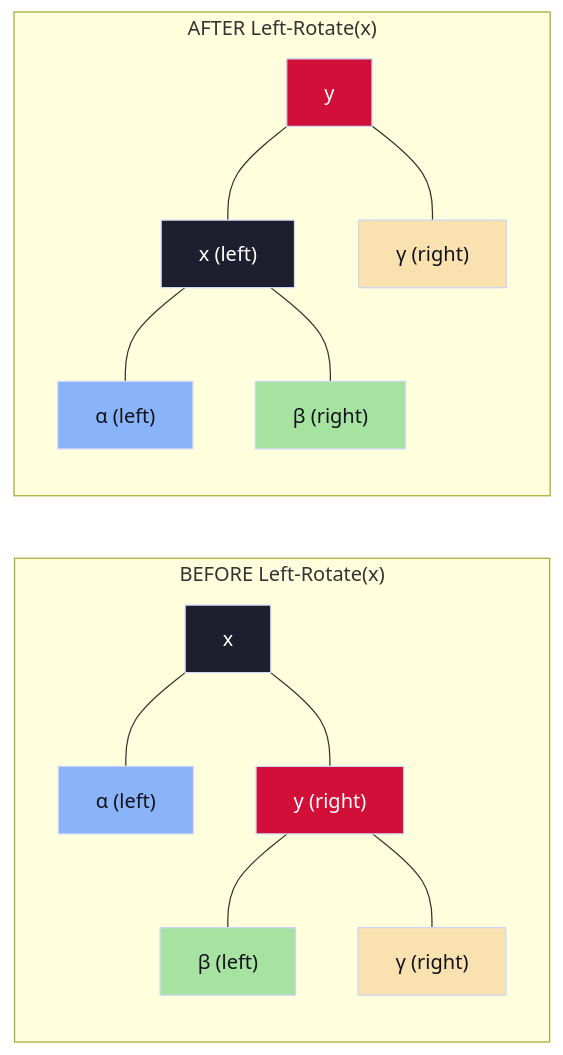
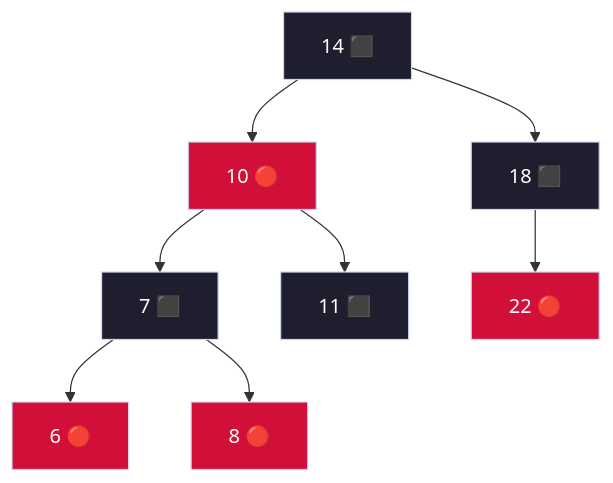
Before and after one commit to DeepLumiere/DeepSkills: the ninth of 29 diagrams in notes/design_and_analysis_of_algorithms/Unit_04_Advanced_Data_Structures.md, drawn with Mermaid. The commit also changed other lines of this file, not shown here.

````diff
--- a/notes/design_and_analysis_of_algorithms/Unit_04_Advanced_Data_Structures.md
+++ b/notes/design_and_analysis_of_algorithms/Unit_04_Advanced_Data_Structures.md
@@ -80,27 +286,18 @@
 ```mermaid
-flowchart LR
-    subgraph "BEFORE Left-Rotate(x)"
-        direction TB
-        X1["x"] --- alpha1["α (left)"]
-        X1 --- Y1["y (right)"]
-        Y1 --- beta1["β (left)"]
-        Y1 --- gamma1["γ (right)"]
-        style X1 fill:#1e1e2e,stroke:#cdd6f4,color:#fff
-        style Y1 fill:#d20f39,stroke:#cdd6f4,color:#fff
-        style alpha1 fill:#89b4fa,stroke:#cdd6f4,color:#11111b
-        style beta1 fill:#a6e3a1,stroke:#cdd6f4,color:#11111b
-        style gamma1 fill:#f9e2af,stroke:#cdd6f4,color:#11111b
-    end
-    subgraph "AFTER Left-Rotate(x)"
-        direction TB
-        Y2["y"] --- X2["x (left)"]
-        Y2 --- gamma2["γ (right)"]
-        X2 --- alpha2["α (left)"]
-        X2 --- beta2["β (right)"]
-        style Y2 fill:#d20f39,stroke:#cdd6f4,color:#fff
-        style X2 fill:#1e1e2e,stroke:#cdd6f4,color:#fff
-        style alpha2 fill:#89b4fa,stroke:#cdd6f4,color:#11111b
-        style beta2 fill:#a6e3a1,stroke:#cdd6f4,color:#11111b
-        style gamma2 fill:#f9e2af,stroke:#cdd6f4,color:#11111b
-    end
+flowchart TD
+    s8["14 ⬛"] --> s8l["10 🔴"]
+    s8 --> s8r["18 ⬛"]
+    s8l --> s8ll["7 ⬛"]
+    s8l --> s8lr["11 ⬛"]
+    s8ll --> s8lll["6 🔴"]
+    s8ll --> s8llr["8 🔴"]
+    s8r --> s8rr["22 🔴"]
+    style s8 fill:#1e1e2e,color:#fff,stroke:#cdd6f4
+    style s8l fill:#d20f39,color:#fff,stroke:#cdd6f4
+    style s8r fill:#1e1e2e,color:#fff,stroke:#cdd6f4
+    style s8ll fill:#1e1e2e,color:#fff,stroke:#cdd6f4
+    style s8lr fill:#1e1e2e,color:#fff,stroke:#cdd6f4
+    style s8lll fill:#d20f39,color:#fff,stroke:#cdd6f4
+    style s8llr fill:#d20f39,color:#fff,stroke:#cdd6f4
+    style s8rr fill:#d20f39,color:#fff,stroke:#cdd6f4
 ```
````
